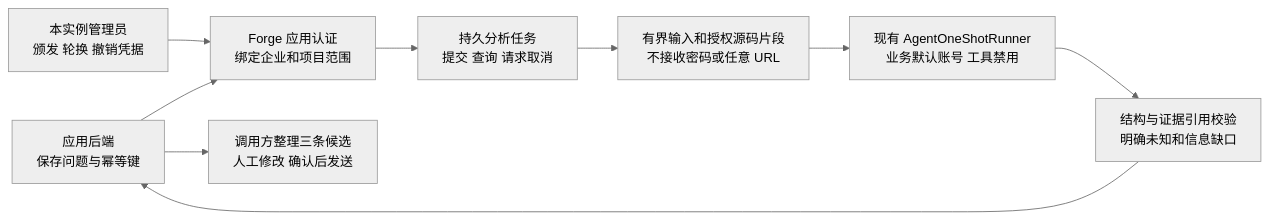
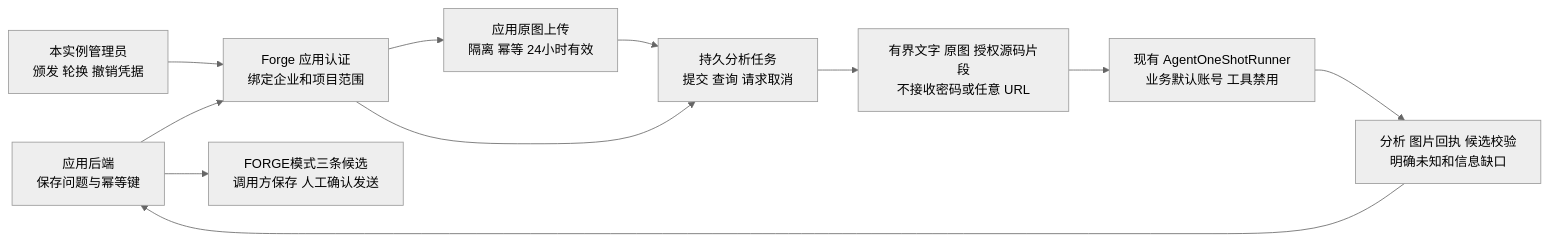
Before and after one commit to exception-coder/kai-toolbox: diagram 39 of 40 in docs/ai-coding-architecture.md, drawn with Mermaid (neutral theme). The commit also changed other lines of this file and 31 other files, not shown here.

First line of the commit message:
feat(consult): 支持应用原图分析和三条回复候选

````diff
--- a/docs/ai-coding-architecture.md
+++ b/docs/ai-coding-architecture.md
@@ -988,11 +988,13 @@
 ```mermaid
 flowchart LR
     APP["应用后端<br/>保存问题与幂等键"] --> AUTH["Forge 应用认证<br/>绑定企业和项目范围"]
     ADMIN["本实例管理员<br/>颁发 轮换 撤销凭据"] --> AUTH
-    AUTH --> TASK["持久分析任务<br/>提交 查询 请求取消"]
-    TASK --> DATA["有界输入和授权源码片段<br/>不接收密码或任意 URL"]
+    AUTH --> IMAGE["应用原图上传<br/>隔离 幂等 24小时有效"]
+    IMAGE --> TASK["持久分析任务<br/>提交 查询 请求取消"]
+    AUTH --> TASK
+    TASK --> DATA["有界文字 原图 授权源码片段<br/>不接收密码或任意 URL"]
     DATA --> AGENT["现有 AgentOneShotRunner<br/>业务默认账号 工具禁用"]
-    AGENT --> CHECK["结构与证据引用校验<br/>明确未知和信息缺口"]
+    AGENT --> CHECK["分析 图片回执 候选校验<br/>明确未知和信息缺口"]
     CHECK --> APP
-    APP --> HUMAN["调用方整理三条候选<br/>人工修改 确认后发送"]
+    APP --> HUMAN["FORGE模式三条候选<br/>调用方保存 人工确认发送"]
 ```
````
